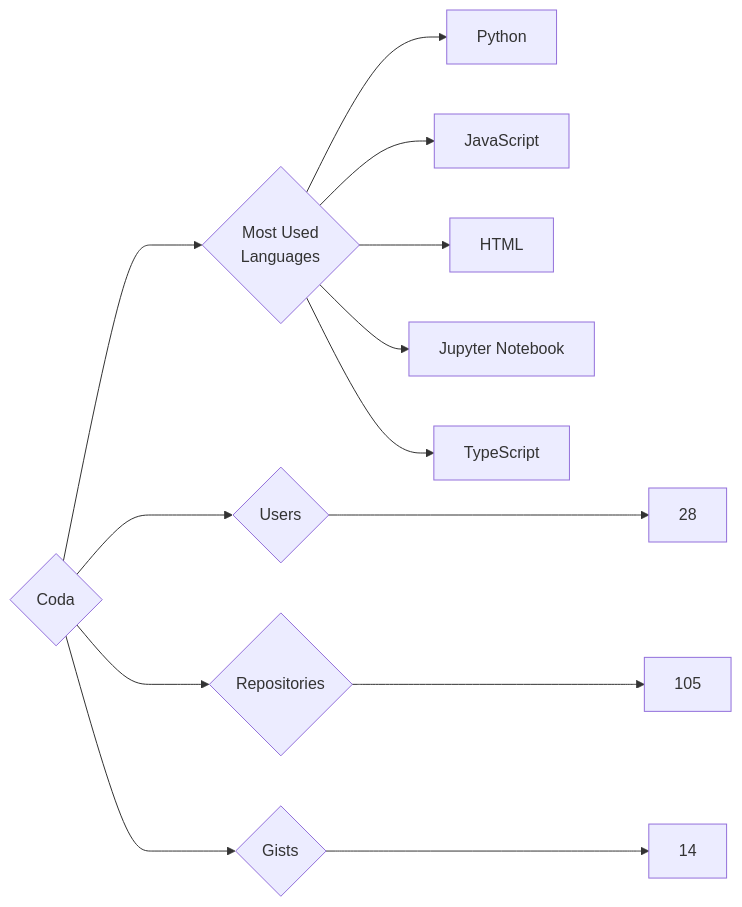
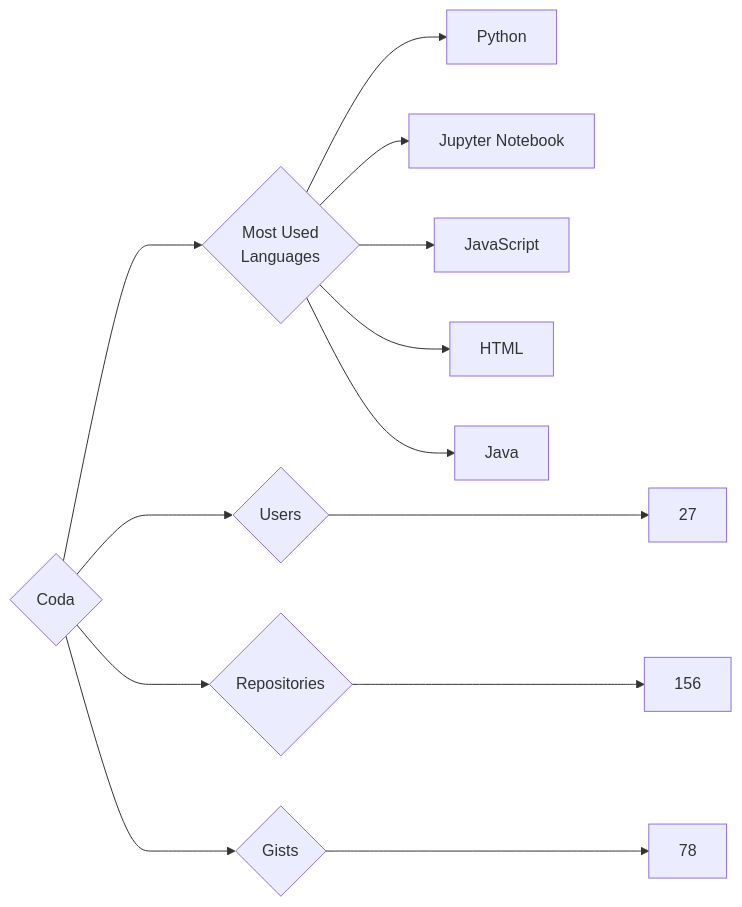
The diagram in targets/Coda/README.md (trickest/insiders), drawn with Mermaid before and after one commit. The commit also changed 752 other files, not shown here.

````diff
--- a/targets/Coda/README.md
+++ b/targets/Coda/README.md
@@ -3,13 +3,13 @@
 ```mermaid
 graph LR
 COMPANY_NAME{Coda}
-COMPANY_NAME ---> U{Users} ---> UN[28]
-COMPANY_NAME ---> R{Repositories} ---> RN[105]
-COMPANY_NAME ---> G{Gists} ---> GN[14]
+COMPANY_NAME ---> U{Users} ---> UN[27]
+COMPANY_NAME ---> R{Repositories} ---> RN[156]
+COMPANY_NAME ---> G{Gists} ---> GN[78]
 COMPANY_NAME ---> ML{Most Used<br>Languages}
 ML --> Python[Python]
+ML --> Jupyter_Notebook[Jupyter Notebook]
 ML --> JavaScript[JavaScript]
 ML --> HTML[HTML]
-ML --> Jupyter_Notebook[Jupyter Notebook]
-ML --> TypeScript[TypeScript]
+ML --> Java[Java]
 ```
````
